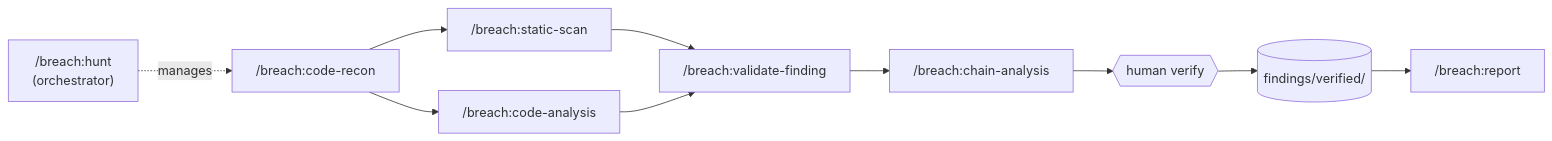
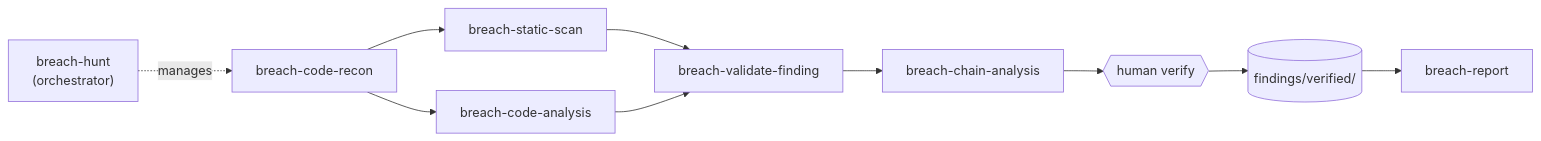
One commit to tsheil/breach-marketplace changed the diagram in README.md. Above: the diagram before and after it, drawn with Mermaid. The commit also changed other lines of this file and 4 other files, not shown here.

````diff
--- a/README.md
+++ b/README.md
@@ -32,21 +32,21 @@
 ```mermaid
 flowchart LR
-    hunt["/breach:hunt\n(orchestrator)"]
+    hunt["breach-hunt\n(orchestrator)"]
 
-    recon["/breach:code-recon"]
-    static["/breach:static-scan"]
-    code["/breach:code-analysis"]
-    validate["/breach:validate-finding"]
-    chain["/breach:chain-analysis"]
-    report["/breach:report"]
+    recon["breach-code-recon"]
+    static["breach-static-scan"]
+    code["breach-code-analysis"]
+    validate["breach-validate-finding"]
+    chain["breach-chain-analysis"]
+    report["breach-report"]
     human{{"human verify"}}
     verified[("findings/verified/")]
 
     hunt -.->|manages| recon
     recon --> static & code
     static & code --> validate
     validate --> chain
     chain --> human
     human --> verified
     verified --> report
 ```
````
